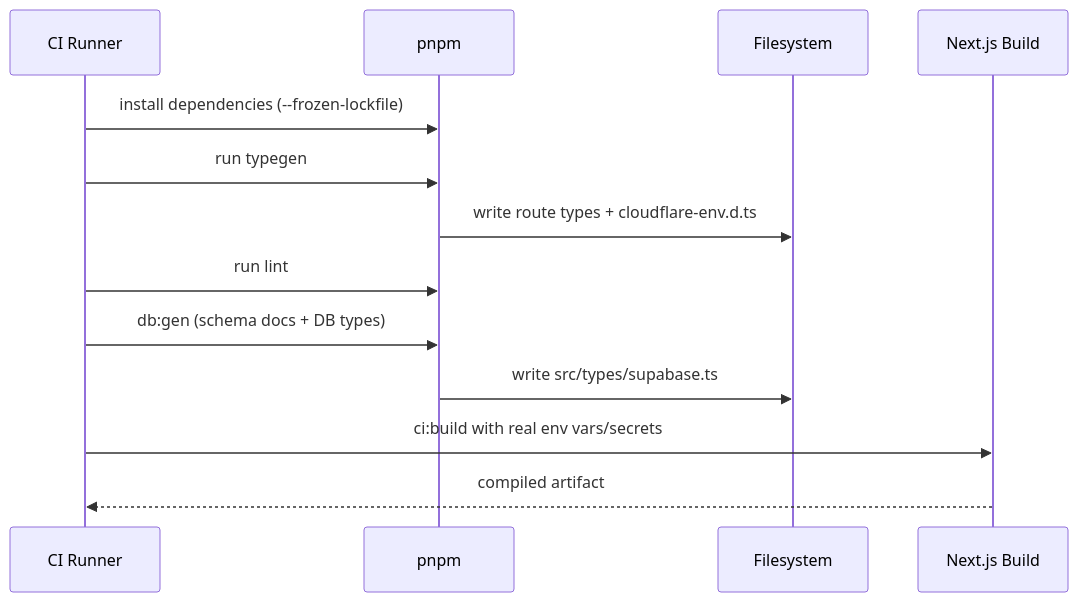
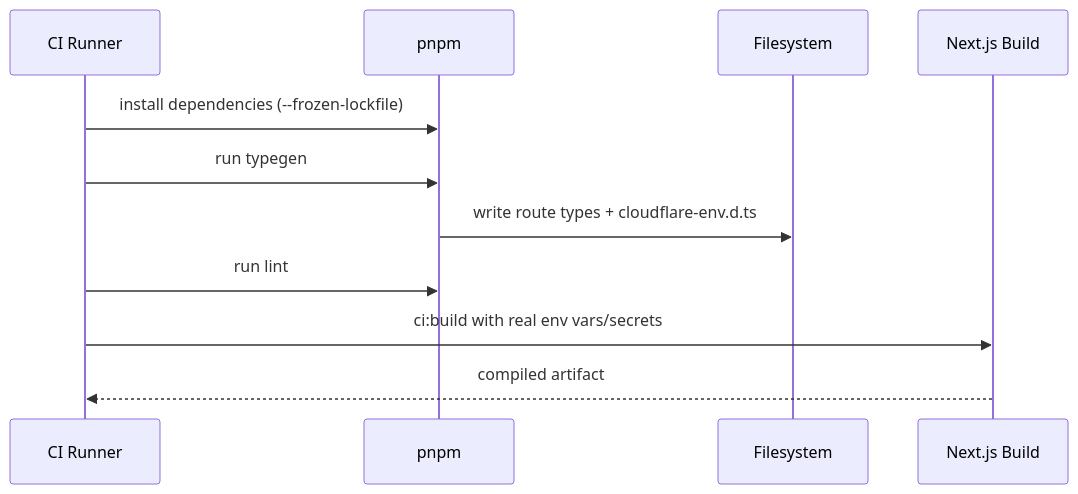
One commit to jackcasstlesjones/ozeaon-wiki changed the second of 3 diagrams in src/content/docs/architecture/type-system.md. Above: the diagram before and after it, drawn with Mermaid. The commit also changed other lines of this file and 4 other files, not shown here.

````diff
--- a/src/content/docs/architecture/type-system.md
+++ b/src/content/docs/architecture/type-system.md
@@ -252,16 +102,14 @@
 ```mermaid
 sequenceDiagram
     participant CI as CI Runner
     participant Pnpm as pnpm
     participant FS as Filesystem
     participant Build as Next.js Build
 
     CI->>Pnpm: install dependencies (--frozen-lockfile)
     CI->>Pnpm: run typegen
     Pnpm->>FS: write route types + cloudflare-env.d.ts
     CI->>Pnpm: run lint
-    CI->>Pnpm: db:gen (schema docs + DB types)
-    Pnpm->>FS: write src/types/supabase.ts
     CI->>Build: ci:build with real env vars/secrets
     Build-->>CI: compiled artifact
 ```
````
